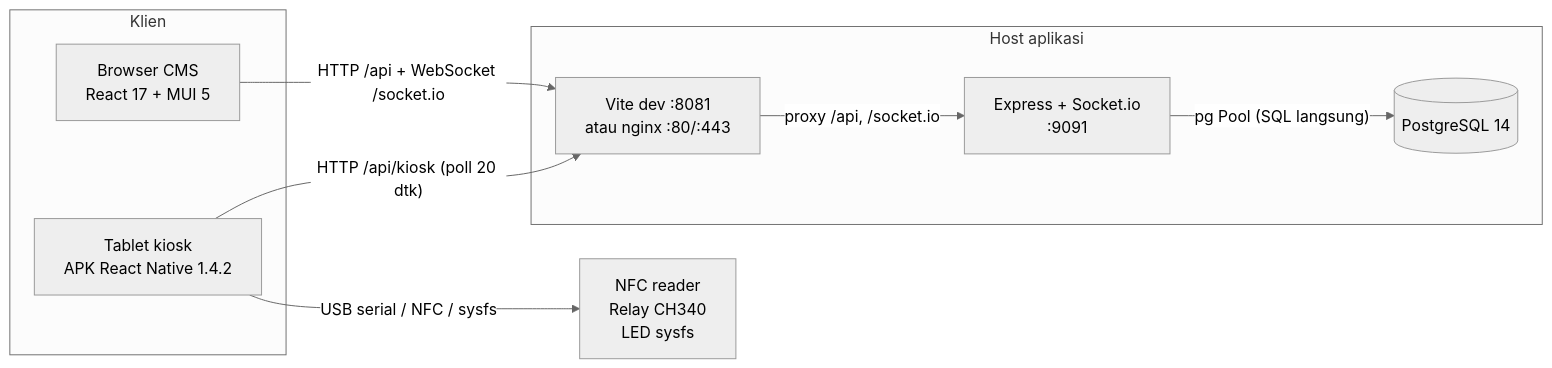
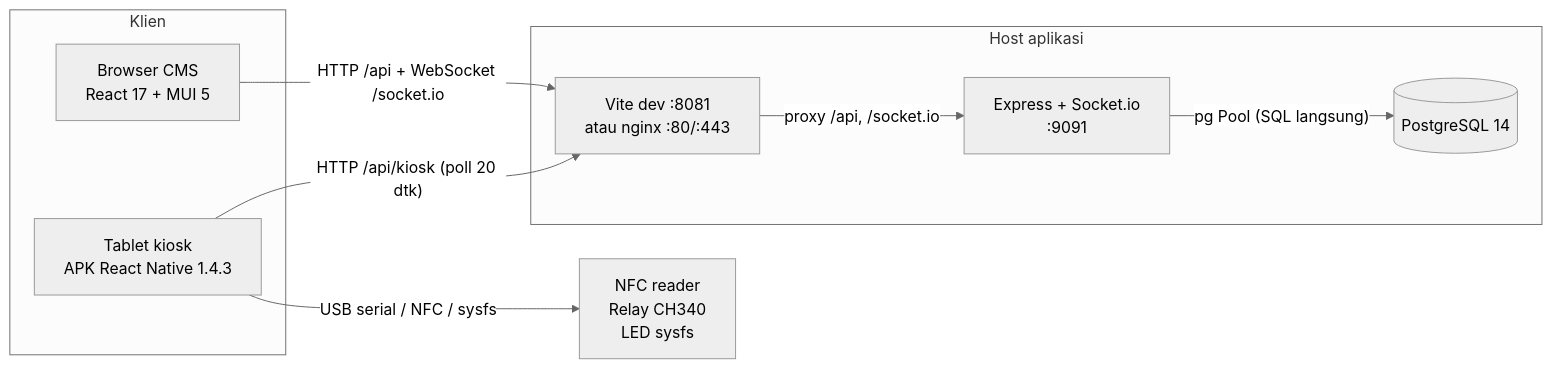
The first of 5 diagrams in docs/architecture.md (goodmeow/app_booking), drawn with Mermaid (neutral theme) before and after one commit. The commit also changed other lines of this file and 13 other files, not shown here.

Commit message:
feat(apk): add update check to tablet menu and publish 1.4.3

````diff
--- a/docs/architecture.md
+++ b/docs/architecture.md
@@ -28,21 +28,21 @@
 ```mermaid
 flowchart LR
   subgraph Klien
     CMS["Browser CMS<br/>React 17 + MUI 5"]
-    KIOSK["Tablet kiosk<br/>APK React Native 1.4.2"]
+    KIOSK["Tablet kiosk<br/>APK React Native 1.4.3"]
   end
 
   subgraph Host["Host aplikasi"]
     EDGE["Vite dev :8081<br/>atau nginx :80/:443"]
     API["Express + Socket.io<br/>:9091"]
     DB[("PostgreSQL 14")]
   end
 
   HW["NFC reader<br/>Relay CH340<br/>LED sysfs"]
 
   CMS -->|"HTTP /api + WebSocket /socket.io"| EDGE
   EDGE -->|"proxy /api, /socket.io"| API
   API -->|"pg Pool (SQL langsung)"| DB
   KIOSK -->|"HTTP /api/kiosk (poll 20 dtk)"| EDGE
   KIOSK -->|"USB serial / NFC / sysfs"| HW
 ```
````
